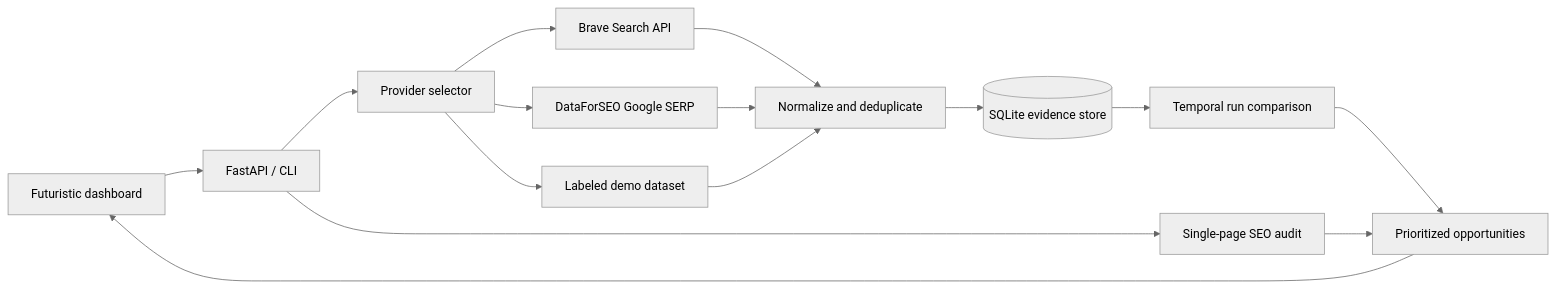
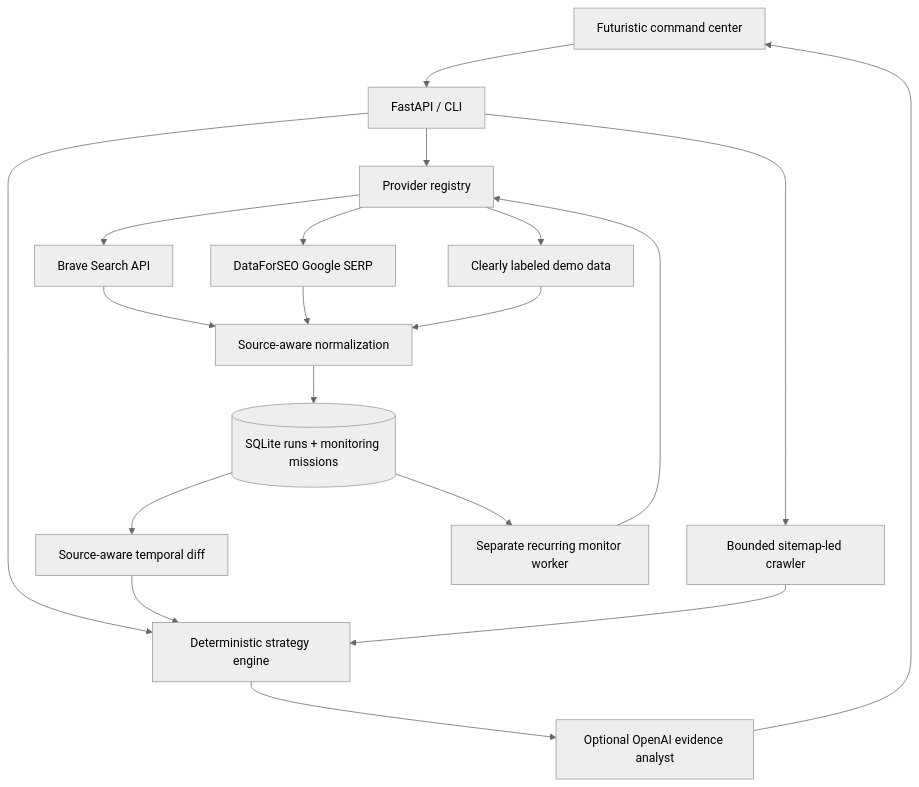
The diagram in README.md (muhammadsaeed-ai/verity-rankforge), drawn with Mermaid (neutral theme) before and after one commit. The commit also changed other lines of this file, not shown here.

Commit message:
Complete advanced architecture, endpoints, and limitation documentation

```diff
--- a/README.md
+++ b/README.md
@@ -152,17 +159,21 @@
 ~~~mermaid
-flowchart LR
-  UI["Futuristic dashboard"] --> API["FastAPI / CLI"]
-  API --> SEL["Provider selector"]
-  SEL --> BR["Brave Search API"]
-  SEL --> DF["DataForSEO Google SERP"]
-  SEL --> DEMO["Labeled demo dataset"]
-  BR --> N["Normalize and deduplicate"]
-  DF --> N
-  DEMO --> N
-  N --> DB[("SQLite evidence store")]
-  API --> AUD["Single-page SEO audit"]
-  DB --> CMP["Temporal run comparison"]
-  CMP --> OP["Prioritized opportunities"]
-  AUD --> OP
-  OP --> UI
+flowchart TD
+  UI["Futuristic command center"] --> API["FastAPI / CLI"]
+  API --> SELECT["Provider registry"]
+  SELECT --> BRAVE["Brave Search API"]
+  SELECT --> DFS["DataForSEO Google SERP"]
+  SELECT --> DEMO["Clearly labeled demo data"]
+  BRAVE --> NORM["Source-aware normalization"]
+  DFS --> NORM
+  DEMO --> NORM
+  NORM --> DB[("SQLite runs + monitoring missions")]
+  API --> CRAWL["Bounded sitemap-led crawler"]
+  API --> STRATEGY["Deterministic strategy engine"]
+  DB --> DIFF["Source-aware temporal diff"]
+  DIFF --> STRATEGY
+  STRATEGY --> AI["Optional OpenAI evidence analyst"]
+  AI --> UI
+  DB --> WORKER["Separate recurring monitor worker"]
+  WORKER --> SELECT
+  CRAWL --> STRATEGY
 ~~~
```
